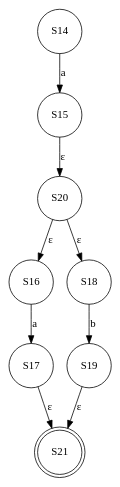
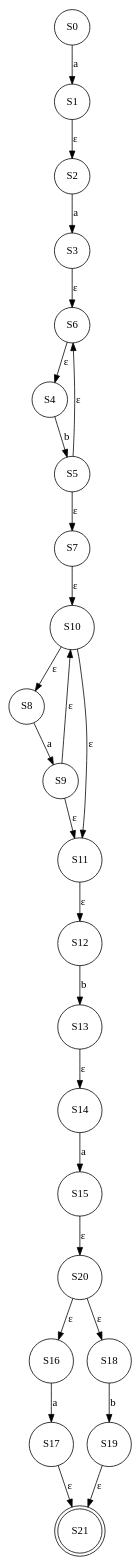
The diagram in output/nfa/nfa.gv (ZiadSheriif/AutoMajestic), drawn with Graphviz before and after one commit. The commit also changed 7 other files, not shown here.

```diff
--- a/output/nfa/nfa.gv
+++ b/output/nfa/nfa.gv
@@ -1,18 +1,49 @@
 digraph {
+	S0 [shape=circle]
+	S0 -> S1 [label=a]
+	S1 [shape=circle]
+	S1 -> S2 [label="ε"]
+	S10 [shape=circle]
+	S10 -> S8 [label="ε"]
+	S10 -> S11 [label="ε"]
+	S11 [shape=circle]
+	S11 -> S12 [label="ε"]
+	S12 [shape=circle]
+	S12 -> S13 [label=b]
+	S13 [shape=circle]
+	S13 -> S14 [label="ε"]
 	S14 [shape=circle]
 	S14 -> S15 [label=a]
 	S15 [shape=circle]
 	S15 -> S20 [label="ε"]
 	S16 [shape=circle]
 	S16 -> S17 [label=a]
 	S17 [shape=circle]
 	S17 -> S21 [label="ε"]
 	S18 [shape=circle]
 	S18 -> S19 [label=b]
 	S19 [shape=circle]
 	S19 -> S21 [label="ε"]
+	S2 [shape=circle]
+	S2 -> S3 [label=a]
 	S20 [shape=circle]
 	S20 -> S16 [label="ε"]
 	S20 -> S18 [label="ε"]
 	S21 [shape=doublecircle]
+	S3 [shape=circle]
+	S3 -> S6 [label="ε"]
+	S4 [shape=circle]
+	S4 -> S5 [label=b]
+	S5 [shape=circle]
+	S5 -> S6 [label="ε"]
+	S5 -> S7 [label="ε"]
+	S6 [shape=circle]
+	S6 -> S4 [label="ε"]
+	S7 [shape=circle]
+	S7 -> S10 [label="ε"]
+	S8 [shape=circle]
+	S8 -> S9 [label=a]
+	S9 [shape=circle]
+	S9 -> S10 [label="ε"]
+	S9 -> S11 [label="ε"]
 }
```
